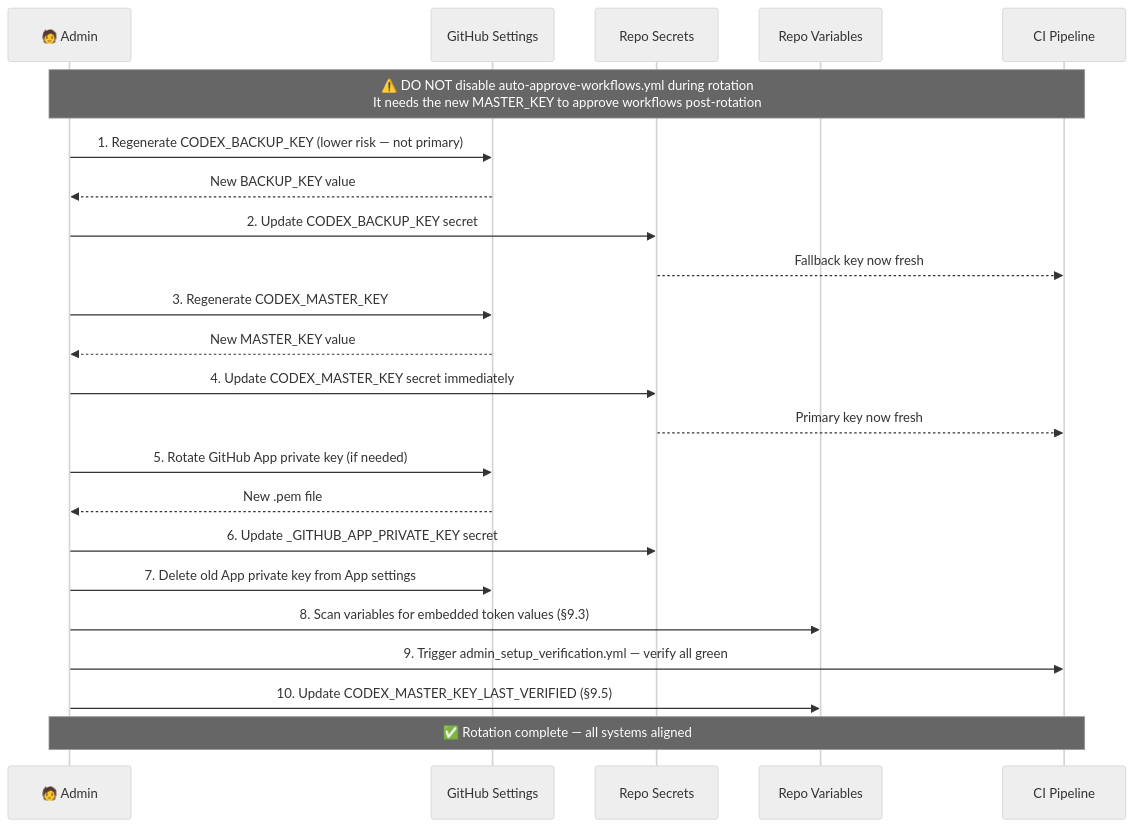
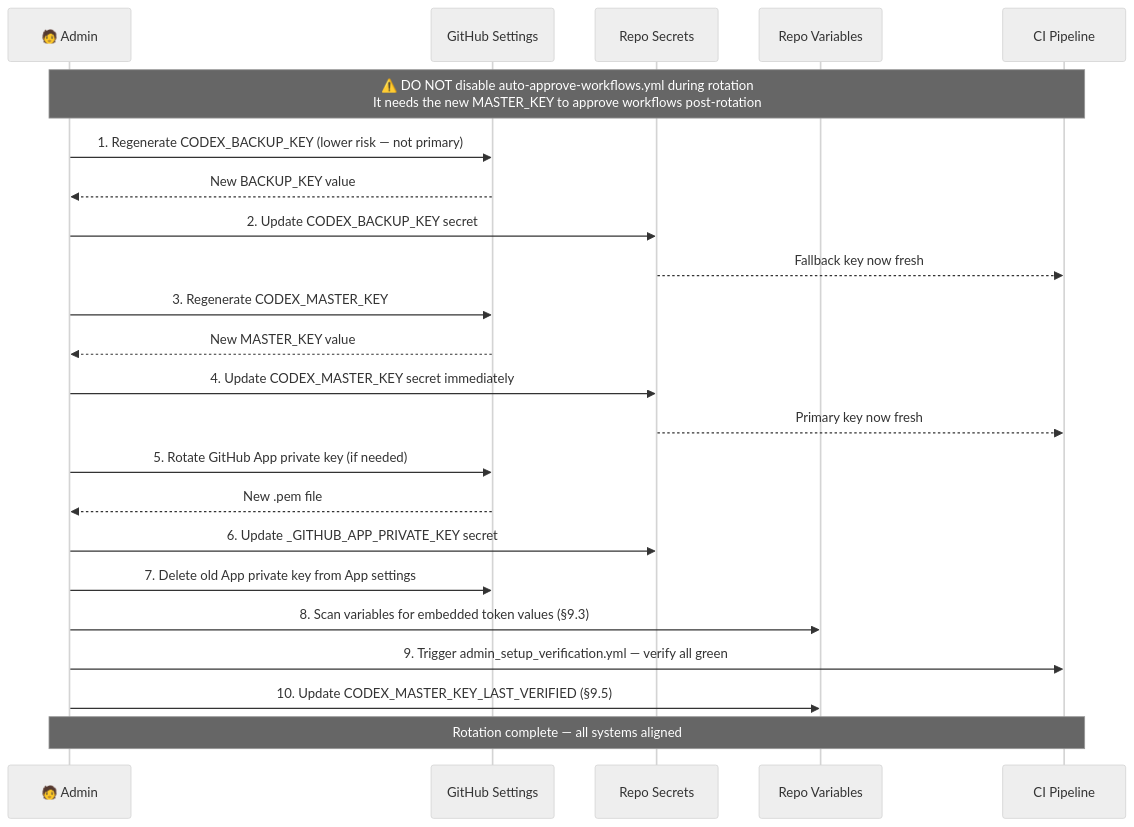
Before and after one commit to Aries-Serpent/_codex_: diagram 11 of 19 in docs/reference/ELEVATED_PRIVILEGES_TOKEN_REVIEW.md, drawn with Mermaid (neutral theme). The commit also changed other lines of this file and 2029 other files, not shown here.

````diff
--- a/docs/reference/ELEVATED_PRIVILEGES_TOKEN_REVIEW.md
+++ b/docs/reference/ELEVATED_PRIVILEGES_TOKEN_REVIEW.md
@@ -1126,34 +1128,34 @@
 ```mermaid
 %%{init: {'accessibility': {'title': 'Sequence Diagram: >>You: New BACKUP_KEY value
   '}}%%
 sequenceDiagram
     participant You as 🧑 Admin
     participant GH as GitHub Settings
     participant Secrets as Repo Secrets
     participant Vars as Repo Variables
     participant CI as CI Pipeline
 
     Note over You,CI: ⚠️ DO NOT disable auto-approve-workflows.yml during rotation<br/>It needs the new MASTER_KEY to approve workflows post-rotation
 
     You->>GH: 1. Regenerate CODEX_BACKUP_KEY (lower risk — not primary)
     GH-->>You: New BACKUP_KEY value
     You->>Secrets: 2. Update CODEX_BACKUP_KEY secret
     Secrets-->>CI: Fallback key now fresh
 
     You->>GH: 3. Regenerate CODEX_MASTER_KEY
     GH-->>You: New MASTER_KEY value
     You->>Secrets: 4. Update CODEX_MASTER_KEY secret immediately
     Secrets-->>CI: Primary key now fresh
 
     You->>GH: 5. Rotate GitHub App private key (if needed)
     GH-->>You: New .pem file
     You->>Secrets: 6. Update _GITHUB_APP_PRIVATE_KEY secret
     You->>GH: 7. Delete old App private key from App settings
 
     You->>Vars: 8. Scan variables for embedded token values (§9.3)
     You->>CI: 9. Trigger admin_setup_verification.yml — verify all green
 
     You->>Vars: 10. Update CODEX_MASTER_KEY_LAST_VERIFIED (§9.5)
 
-    Note over You,CI: ✅ Rotation complete — all systems aligned
+    Note over You,CI:  Rotation complete — all systems aligned
 ```
````
